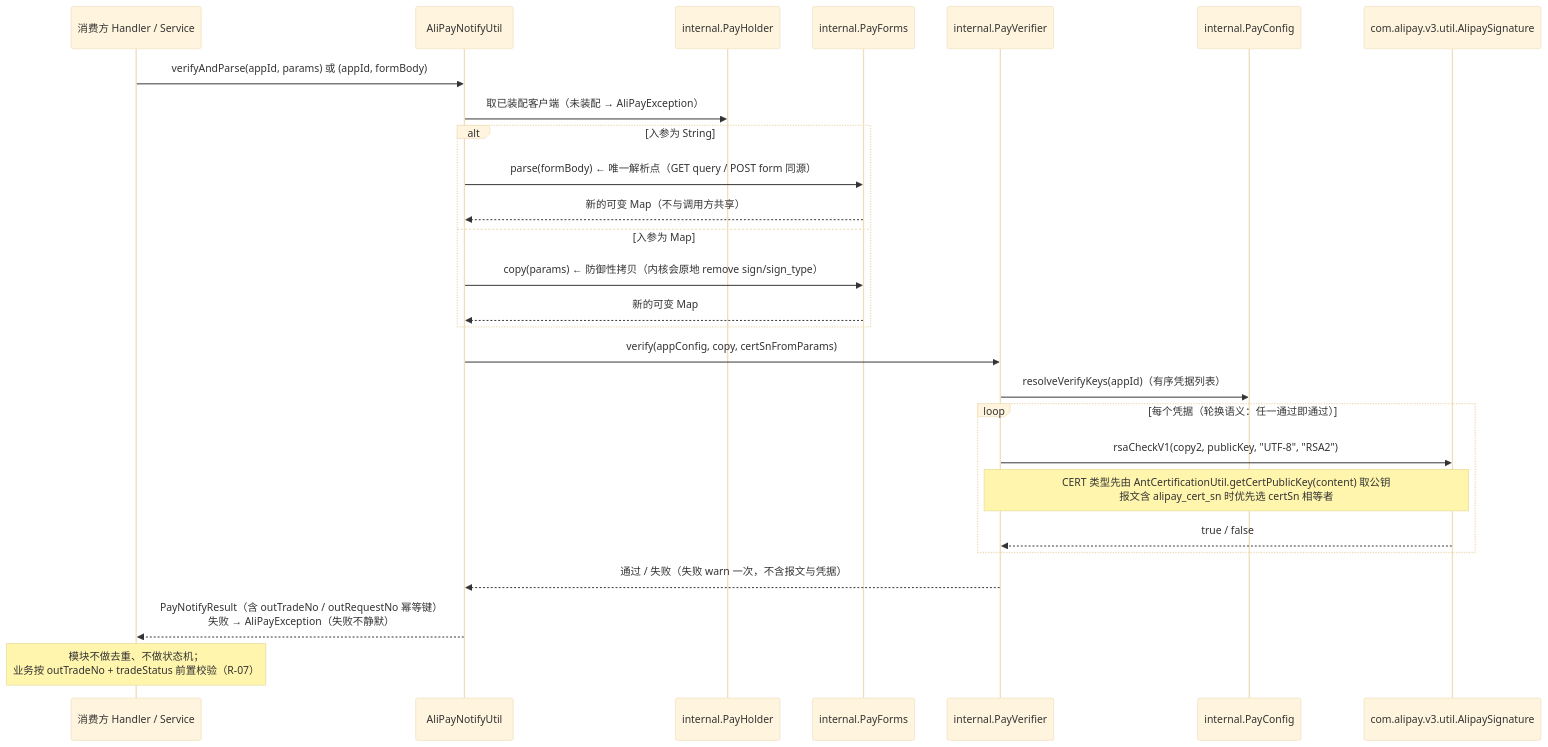
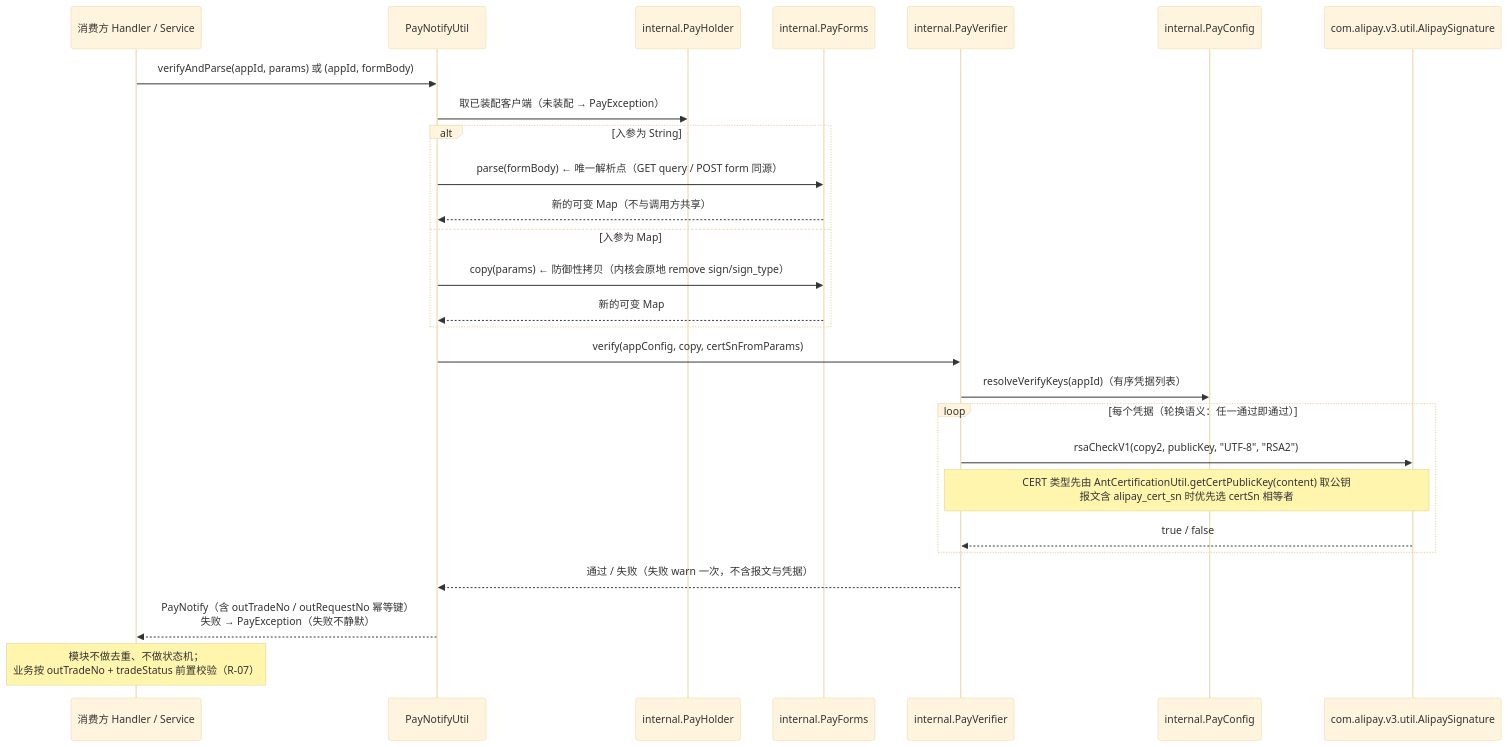
Before and after one commit to gollyhu/aifei-eco-modules: the third of 4 diagrams in aifei-pay/docs/design.md, drawn with Mermaid (base theme). The commit also changed other lines of this file and 7 other files, not shown here.

Commit message:
docs: aifei-pay 设计文档同步多通道重构，公共面统一为 Pay* 命名并新增 PayNotifyRequest 入参、spi.PayNotify 验签结果，七渠道口径并入 V2

````diff
--- a/aifei-pay/docs/design.md
+++ b/aifei-pay/docs/design.md
@@ -1240,30 +1276,30 @@
 ```mermaid
 sequenceDiagram
     participant Biz as 消费方 Handler / Service
-    participant Util as AliPayNotifyUtil
+    participant Util as PayNotifyUtil
     participant Hold as internal.PayHolder
     participant Forms as internal.PayForms
     participant Ver as internal.PayVerifier
     participant Cfg as internal.PayConfig
     participant Sdk as com.alipay.v3.util.AlipaySignature
 
     Biz->>Util: verifyAndParse(appId, params) 或 (appId, formBody)
-    Util->>Hold: 取已装配客户端（未装配 → AliPayException）
+    Util->>Hold: 取已装配客户端（未装配 → PayException）
     alt 入参为 String
         Util->>Forms: parse(formBody)  ← 唯一解析点（GET query / POST form 同源）
         Forms-->>Util: 新的可变 Map（不与调用方共享）
     else 入参为 Map
         Util->>Forms: copy(params)      ← 防御性拷贝（内核会原地 remove sign/sign_type）
         Forms-->>Util: 新的可变 Map
     end
     Util->>Ver: verify(appConfig, copy, certSnFromParams)
     Ver->>Cfg: resolveVerifyKeys(appId)（有序凭据列表）
     loop 每个凭据（轮换语义：任一通过即通过）
         Ver->>Sdk: rsaCheckV1(copy2, publicKey, "UTF-8", "RSA2")
         Note over Ver,Sdk: CERT 类型先由 AntCertificationUtil.getCertPublicKey(content) 取公钥<br/>报文含 alipay_cert_sn 时优先选 certSn 相等者
         Sdk-->>Ver: true / false
     end
     Ver-->>Util: 通过 / 失败（失败 warn 一次，不含报文与凭据）
-    Util-->>Biz: PayNotifyResult（含 outTradeNo / outRequestNo 幂等键）<br/>失败 → AliPayException（失败不静默）
+    Util-->>Biz: PayNotify（含 outTradeNo / outRequestNo 幂等键）<br/>失败 → PayException（失败不静默）
     Note over Biz: 模块不做去重、不做状态机；<br/>业务按 outTradeNo + tradeStatus 前置校验（R-07）
 ```
````
